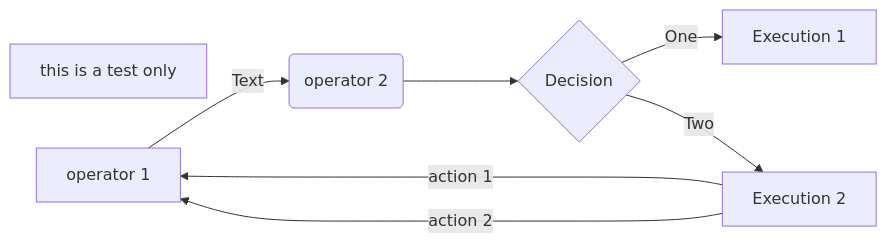
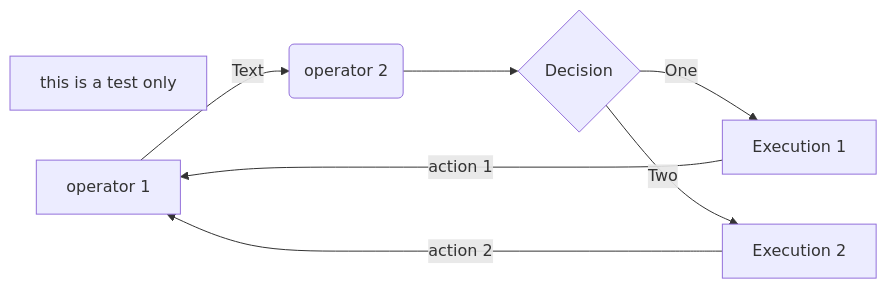
One commit to dbursztynowski/cl_demo changed the diagram in README2.md. Above: the diagram before and after it, drawn with Mermaid.

````diff
--- a/README2.md
+++ b/README2.md
@@ -7,11 +7,11 @@
 ```mermaid
 flowchart LR
 
 I[this is a test only]
 A[operator 1] -->|Text| B(operator 2)
 B --> C{Decision}
 C -->|One| D[Execution 1]
 C -->|Two| E[Execution 2]
-E -->|action 1| A
+D -->|action 1| A
 E -->|action 2| A
 ```
````
